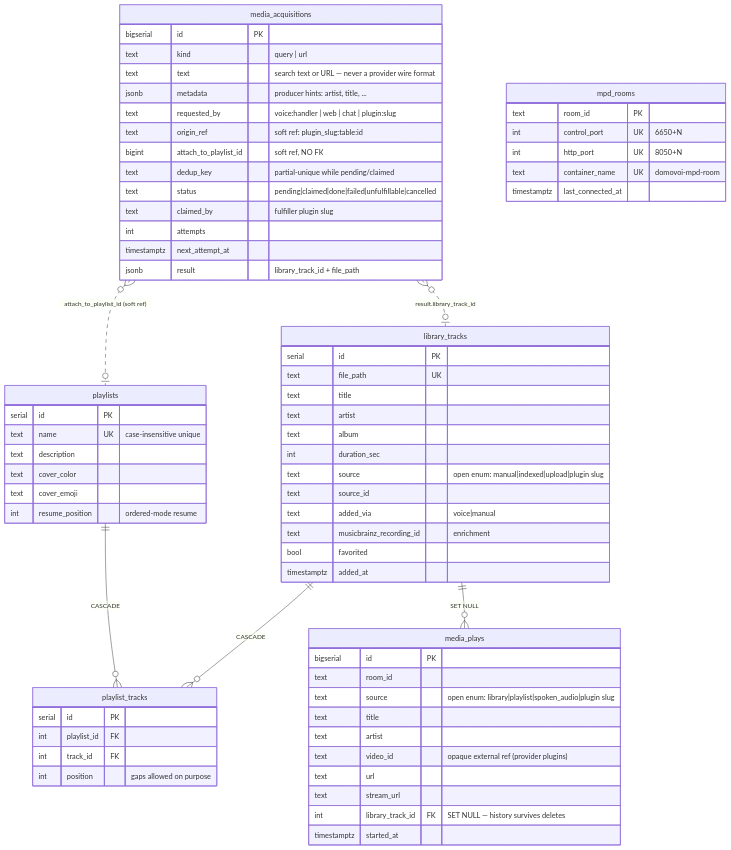
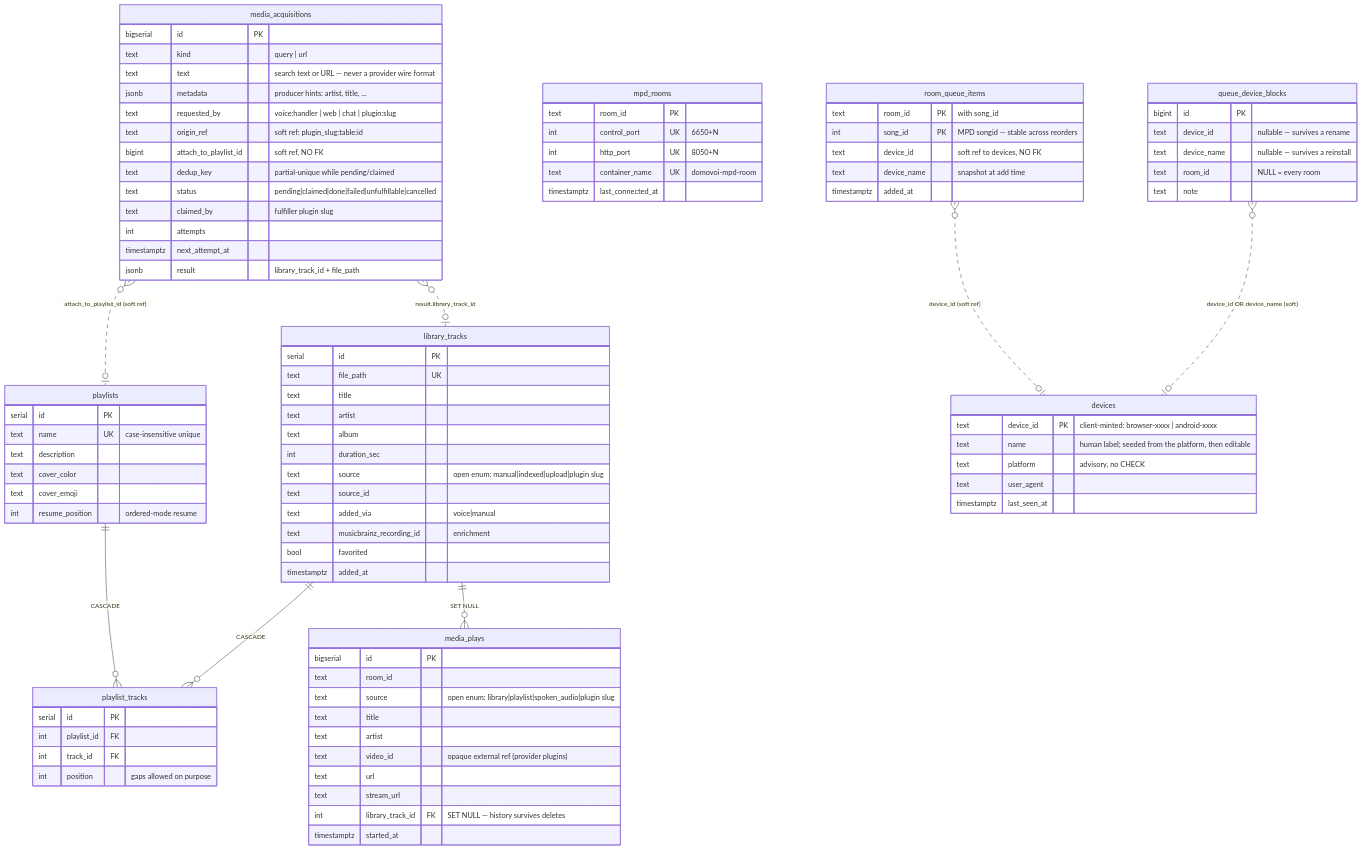
One commit to coders-farm-official/domovoi changed the first of 4 diagrams in docs/uml/media-and-library.md. Above: the diagram before and after it, drawn with Mermaid. The commit also changed other lines of this file and 44 other files, not shown here.

````diff
--- a/docs/uml/media-and-library.md
+++ b/docs/uml/media-and-library.md
@@ -71,10 +71,33 @@
         text container_name UK "domovoi-mpd-room"
         timestamptz last_connected_at
     }
+    devices {
+        text device_id PK "client-minted: browser-xxxx | android-xxxx"
+        text name "human label; seeded from the platform, then editable"
+        text platform "advisory, no CHECK"
+        text user_agent
+        timestamptz last_seen_at
+    }
+    room_queue_items {
+        text room_id PK "with song_id"
+        int song_id PK "MPD songid — stable across reorders"
+        text device_id "soft ref to devices, NO FK"
+        text device_name "snapshot at add time"
+        timestamptz added_at
+    }
+    queue_device_blocks {
+        bigint id PK
+        text device_id "nullable — survives a rename"
+        text device_name "nullable — survives a reinstall"
+        text room_id "NULL = every room"
+        text note
+    }
 
     playlists ||--o{ playlist_tracks : "CASCADE"
     library_tracks ||--o{ playlist_tracks : "CASCADE"
     library_tracks ||--o{ media_plays : "SET NULL"
     media_acquisitions }o..o| playlists : "attach_to_playlist_id (soft ref)"
     media_acquisitions }o..o| library_tracks : "result.library_track_id"
+    room_queue_items }o..o| devices : "device_id (soft ref)"
+    queue_device_blocks }o..o| devices : "device_id OR device_name (soft)"
 ```
````
